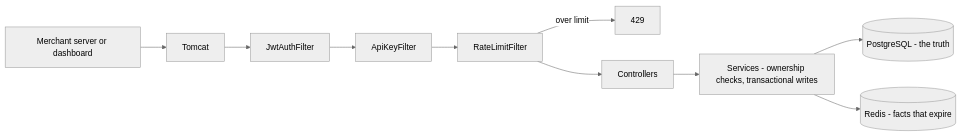
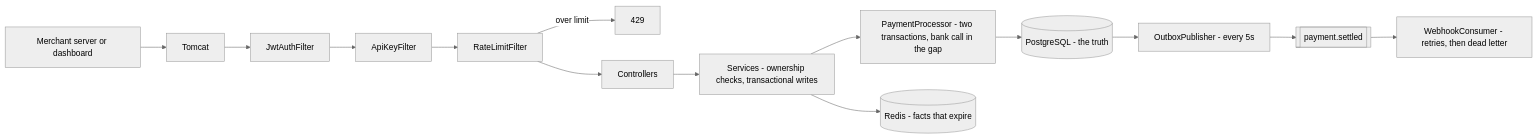
One commit to ARV0007/transakt changed the diagram in README.md. Above: the diagram before and after it, drawn with Mermaid (neutral theme). The commit also changed other lines of this file and 6 other files, not shown here.

````diff
--- a/README.md
+++ b/README.md
@@ -37,12 +41,16 @@
 ```mermaid
 flowchart LR
   client[Merchant server or dashboard] --> tomcat[Tomcat]
   tomcat --> jwt[JwtAuthFilter]
   jwt --> apikey[ApiKeyFilter]
   apikey --> rate[RateLimitFilter]
   rate -->|over limit| n429[429]
   rate --> ctrl[Controllers]
   ctrl --> svc[Services - ownership checks, transactional writes]
-  svc --> pg[(PostgreSQL - the truth)]
+  svc --> proc[PaymentProcessor - two transactions, bank call in the gap]
+  proc --> pg[(PostgreSQL - the truth)]
   svc --> redis[(Redis - facts that expire)]
+  pg --> pub[OutboxPublisher - every 5s]
+  pub --> kafka[[payment.settled]]
+  kafka --> wh[WebhookConsumer - retries, then dead letter]
 ```
````
